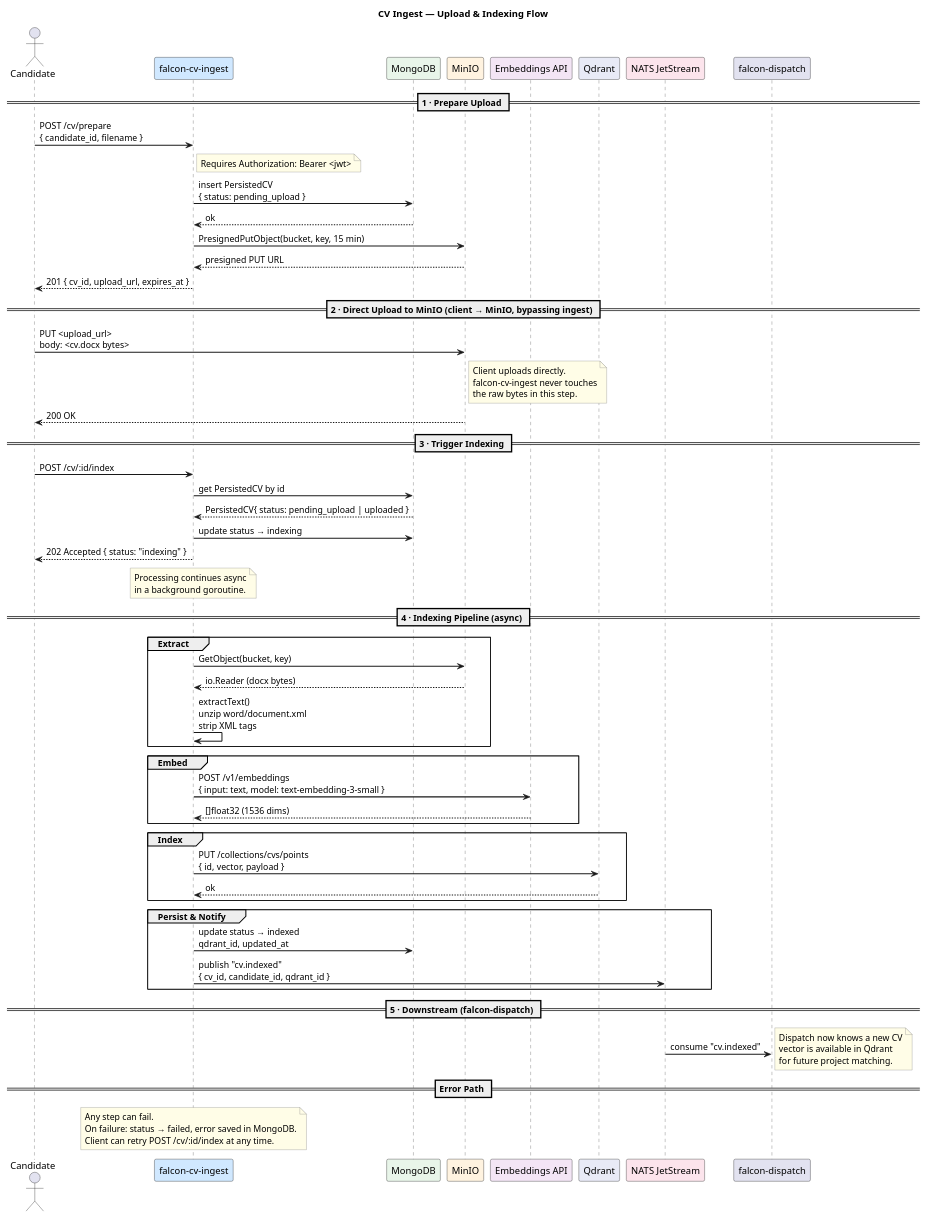
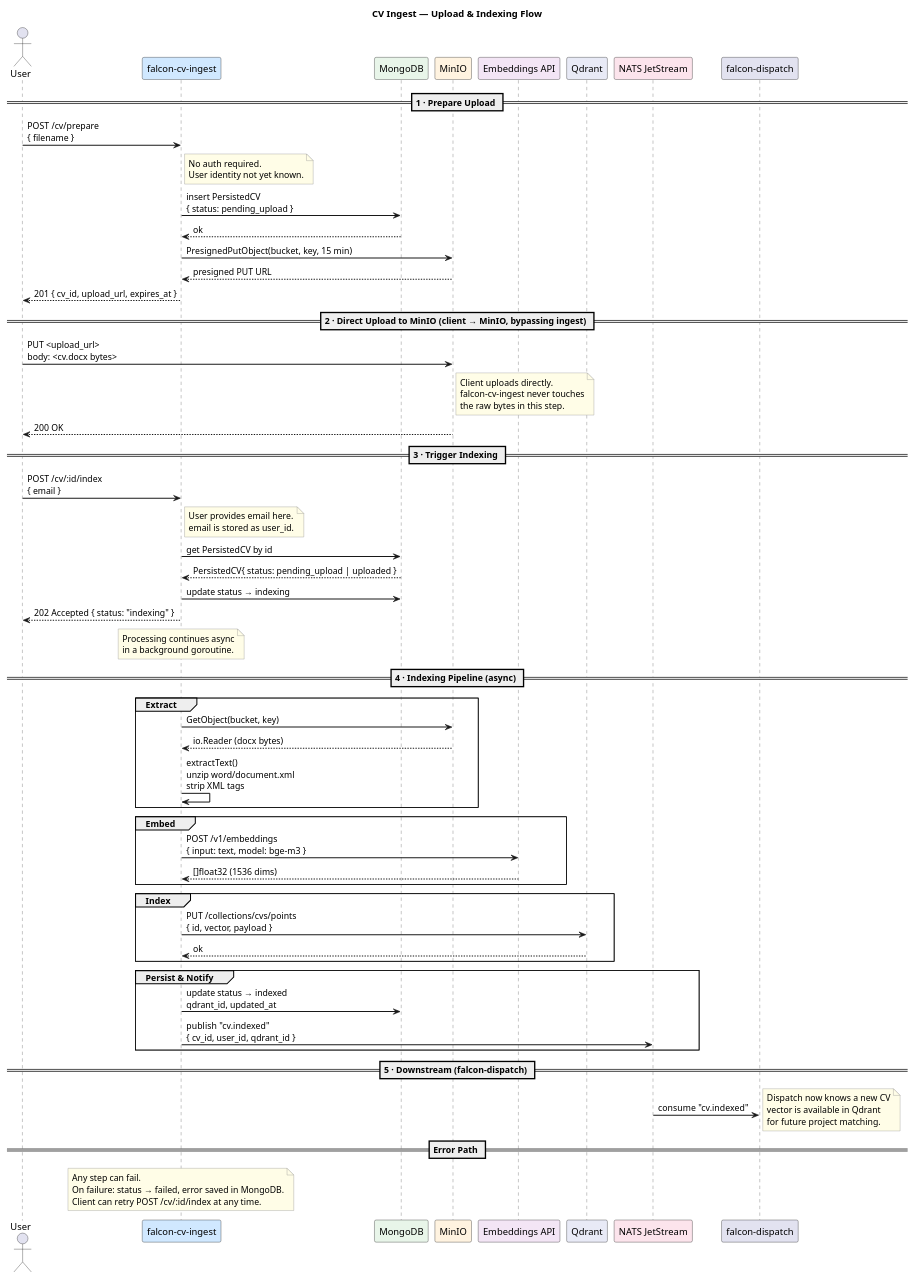
The diagram in falcon-cv-ingest/cv-ingest-flow.puml (hblabs-co/falcon), drawn with PlantUML before and after one commit. The commit also changed 14 other files, not shown here.

```diff
--- a/falcon-cv-ingest/cv-ingest-flow.puml
+++ b/falcon-cv-ingest/cv-ingest-flow.puml
@@ -1,96 +1,101 @@
 @startuml cv-ingest-flow
 title CV Ingest — Upload & Indexing Flow
 
 skinparam sequenceArrowThickness 1.5
 skinparam sequenceGroupBorderThickness 1
 skinparam noteBorderColor #888
 skinparam noteBackgroundColor #FFFDE7
 skinparam sequenceLifeLineBorderColor #555
 
-actor       "Candidate"           as client
+actor       "User"           as client
 participant "falcon-cv-ingest"    as ingest  #D0E8FF
 participant "MongoDB"             as mongo   #E8F5E9
 participant "MinIO"               as minio   #FFF3E0
 participant "Embeddings API"      as embed   #F3E5F5
 participant "Qdrant"              as qdrant  #E8EAF6
 participant "NATS JetStream"      as nats    #FCE4EC
 
 == 1 · Prepare Upload ==
 
-client  -> ingest   : POST /cv/prepare\n{ candidate_id, filename }
+client  -> ingest   : POST /cv/prepare\n{ filename }
 note right of ingest
-  Requires Authorization: Bearer <jwt>
+  No auth required.
+  User identity not yet known.
 end note
 
 ingest  -> mongo    : insert PersistedCV\n{ status: pending_upload }
 mongo  --> ingest   : ok
 
 ingest  -> minio    : PresignedPutObject(bucket, key, 15 min)
 minio  --> ingest   : presigned PUT URL
 
 ingest --> client   : 201 { cv_id, upload_url, expires_at }
 
 == 2 · Direct Upload to MinIO (client → MinIO, bypassing ingest) ==
 
 client  -> minio    : PUT <upload_url>\nbody: <cv.docx bytes>
 note right of minio
   Client uploads directly.
   falcon-cv-ingest never touches
   the raw bytes in this step.
 end note
 minio  --> client   : 200 OK
 
 == 3 · Trigger Indexing ==
 
-client  -> ingest   : POST /cv/:id/index
+client  -> ingest   : POST /cv/:id/index\n{ email }
+note right of ingest
+  User provides email here.
+  email is stored as user_id.
+end note
 ingest  -> mongo    : get PersistedCV by id
 mongo  --> ingest   : PersistedCV{ status: pending_upload | uploaded }
 ingest  -> mongo    : update status → indexing
 ingest --> client   : 202 Accepted { status: "indexing" }
 
 note over ingest
   Processing continues async
   in a background goroutine.
 end note
 
 == 4 · Indexing Pipeline (async) ==
 
 group Extract
   ingest  -> minio    : GetObject(bucket, key)
   minio  --> ingest   : io.Reader (docx bytes)
   ingest  -> ingest   : extractText()\nunzip word/document.xml\nstrip XML tags
 end group
 
 group Embed
-  ingest  -> embed    : POST /v1/embeddings\n{ input: text, model: text-embedding-3-small }
+  ingest  -> embed    : POST /v1/embeddings\n{ input: text, model: bge-m3 }
   embed  --> ingest   : []float32 (1536 dims)
 end group
 
 group Index
   ingest  -> qdrant   : PUT /collections/cvs/points\n{ id, vector, payload }
   qdrant --> ingest   : ok
 end group
 
 group Persist & Notify
   ingest  -> mongo    : update status → indexed\nqdrant_id, updated_at
-  ingest  -> nats     : publish "cv.indexed"\n{ cv_id, candidate_id, qdrant_id }
+  ingest  -> nats     : publish "cv.indexed"\n{ cv_id, user_id, qdrant_id }
 end group
 
 == 5 · Downstream (falcon-dispatch) ==
 
 nats    -> "falcon-dispatch" : consume "cv.indexed"
 note right
   Dispatch now knows a new CV
   vector is available in Qdrant
   for future project matching.
 end note
 
 == Error Path ==
 
 note over ingest
   Any step can fail.
   On failure: status → failed, error saved in MongoDB.
   Client can retry POST /cv/:id/index at any time.
 end note
 
 @enduml
```
